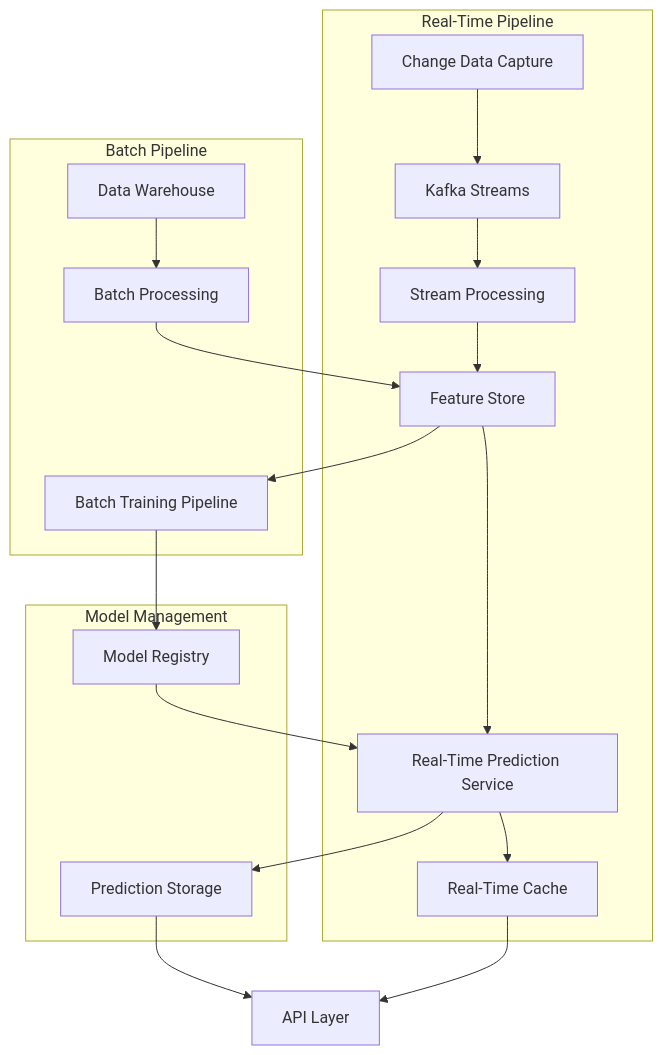
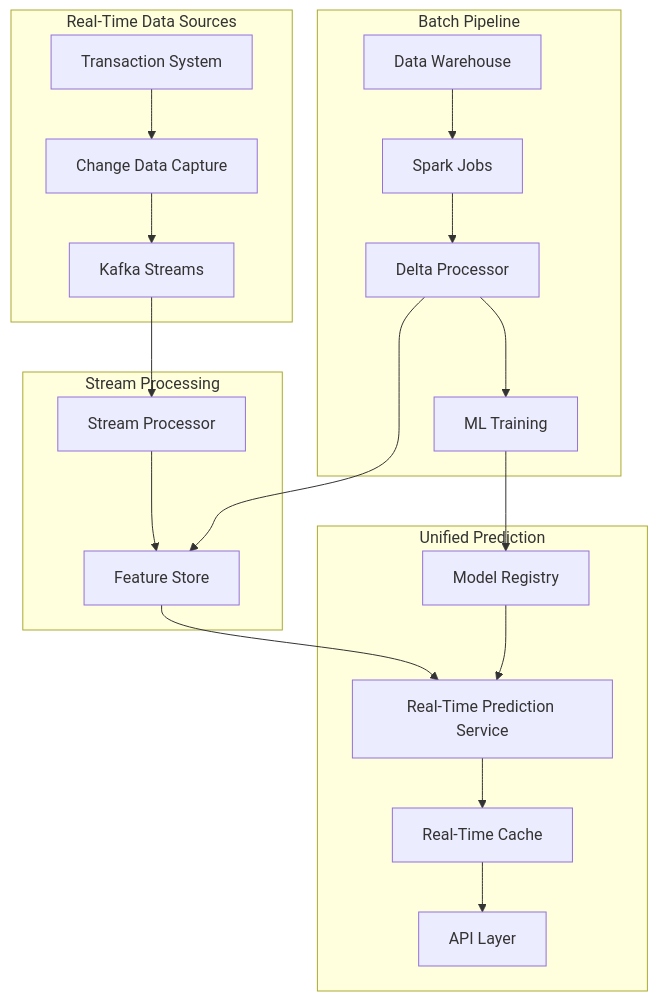
One commit to NitishShandilya/SalesPrediction changed the eighth of 9 diagrams in README.md. Above: the diagram before and after it, drawn with Mermaid. The commit also changed other lines of this file, not shown here.

````diff
--- a/README.md
+++ b/README.md
@@ -563,41 +679,27 @@
 ```mermaid
 flowchart TD
-    CDC[Change Data Capture] --> KS[Kafka Streams]
-    KS --> SP[Stream Processing]
-    SP --> FS[Feature Store]
+    subgraph "Real-Time Data Sources"
+        CDC[Change Data Capture] --> KS[Kafka Streams]
+        TS[Transaction System] --> CDC
+    end
     
-    DW[Data Warehouse] --> BP[Batch Processing]
-    BP --> FS
+    subgraph "Stream Processing"
+        KS --> SP[Stream Processor]
+        SP --> FS[Feature Store]
+    end
     
-    FS --> RPS[Real-Time Prediction Service]
-    FS --> BTP[Batch Training Pipeline]
-    
-    BTP --> MR[Model Registry]
-    MR --> RPS
-    
-    RPS --> PS[Prediction Storage]
-    RPS --> RTC[Real-Time Cache]
-    
-    PS --> API[API Layer]
-    RTC --> API
-    
-    subgraph "Real-Time Pipeline"
-        CDC
-        KS
-        SP
-        FS
-        RPS
-        RTC
+    subgraph "Unified Prediction"
+        FS --> RPS[Real-Time Prediction Service]
+        MR[Model Registry] --> RPS
+        RPS --> RC[Real-Time Cache]
+        RC --> API[API Layer]
     end
     
     subgraph "Batch Pipeline"
-        DW
-        BP
-        BTP
-    end
-    
-    subgraph "Model Management"
-        MR
-        PS
+        DW[Data Warehouse] --> SJ[Spark Jobs]
+        SJ --> DP[Delta Processor]
+        DP --> FS
+        DP --> ML[ML Training]
+        ML --> MR
     end
 ```
````
